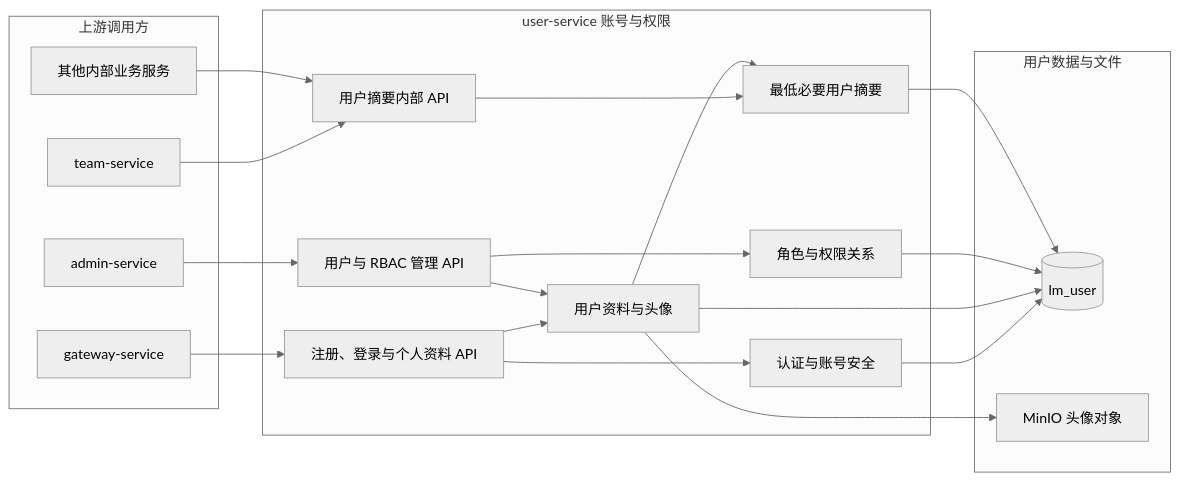
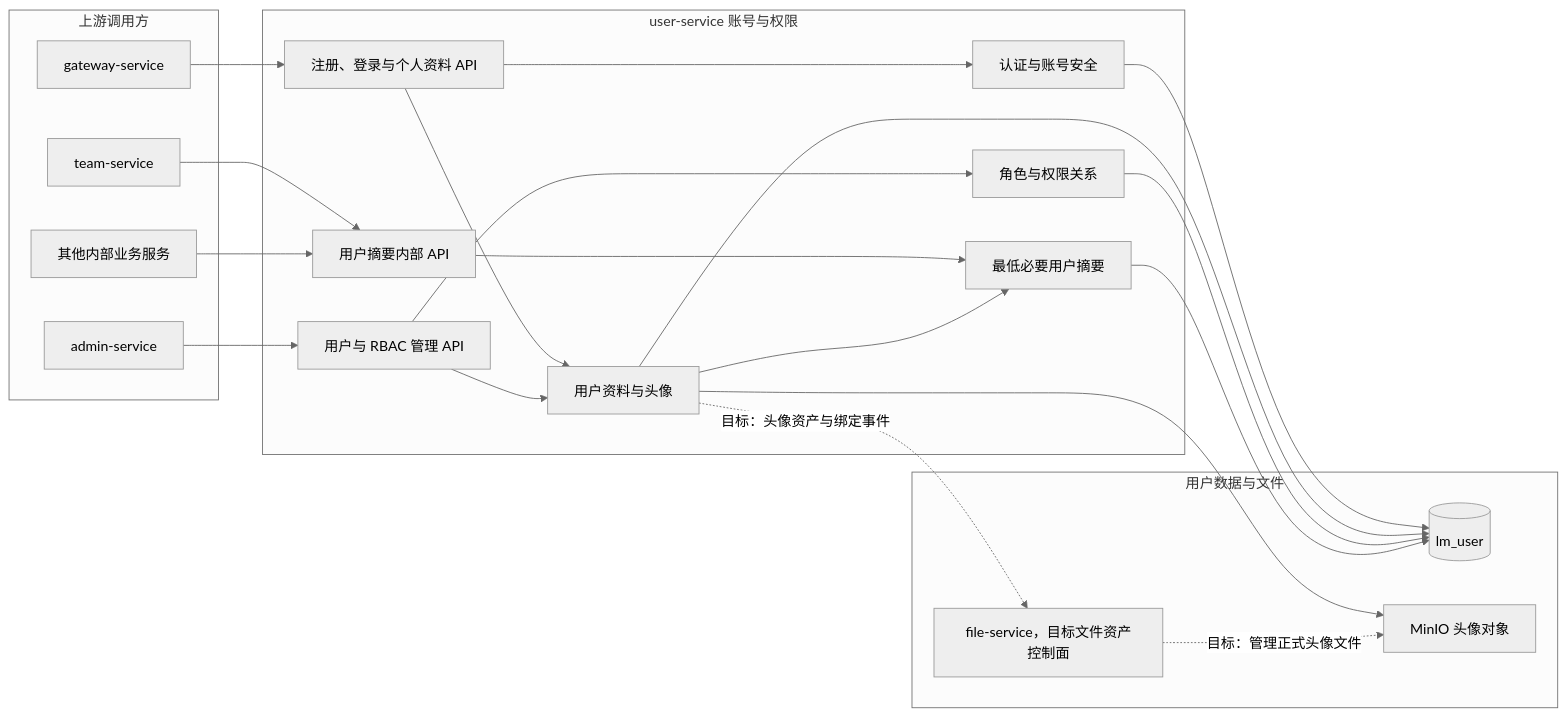
One commit to Dorian7Alden/LeetModel changed the diagram in docs/project/03-微服务设计/user-service/README.md. Above: the diagram before and after it, drawn with Mermaid (neutral theme). The commit also changed other lines of this file and 29 other files, not shown here.

````diff
--- a/docs/project/03-微服务设计/user-service/README.md
+++ b/docs/project/03-微服务设计/user-service/README.md
@@ -7,41 +7,44 @@
 ```mermaid
 flowchart LR
     subgraph callers["上游调用方"]
         apiGateway["gateway-service"]
         adminService["admin-service"]
         teamService["team-service"]
         otherServices["其他内部业务服务"]
     end
 
     subgraph user["user-service 账号与权限"]
         publicApi["注册、登录与个人资料 API"]
         adminApi["用户与 RBAC 管理 API"]
         internalApi["用户摘要内部 API"]
         authentication["认证与账号安全"]
         profile["用户资料与头像"]
         rbac["角色与权限关系"]
         summary["最低必要用户摘要"]
 
         publicApi --> authentication
         publicApi --> profile
         adminApi --> profile
         adminApi --> rbac
         internalApi --> summary
         profile --> summary
     end
 
     subgraph data["用户数据与文件"]
         userDatabase[(lm_user)]
         minio["MinIO 头像对象"]
+        fileService["file-service，目标文件资产控制面"]
     end
 
     apiGateway --> publicApi
     adminService --> adminApi
     teamService --> internalApi
     otherServices --> internalApi
     authentication --> userDatabase
     profile --> userDatabase
     rbac --> userDatabase
     summary --> userDatabase
     profile --> minio
+    profile -. "目标：头像资产与绑定事件" .-> fileService
+    fileService -. "目标：管理正式头像文件" .-> minio
 ```
````
